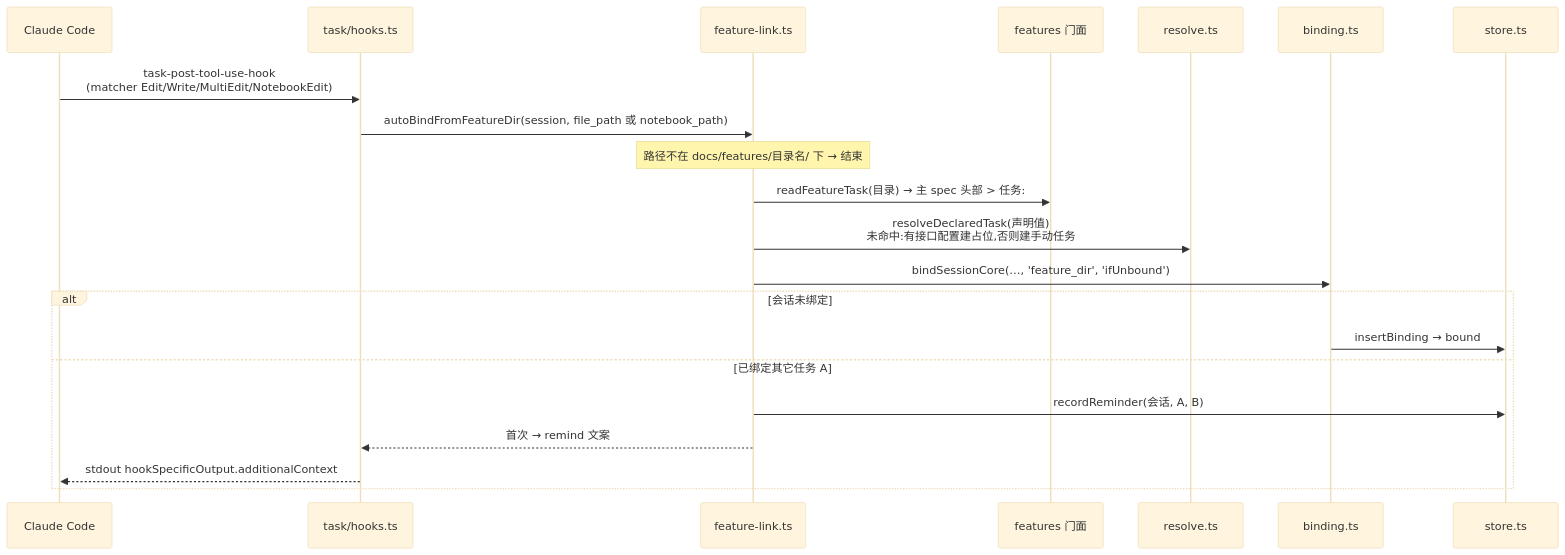
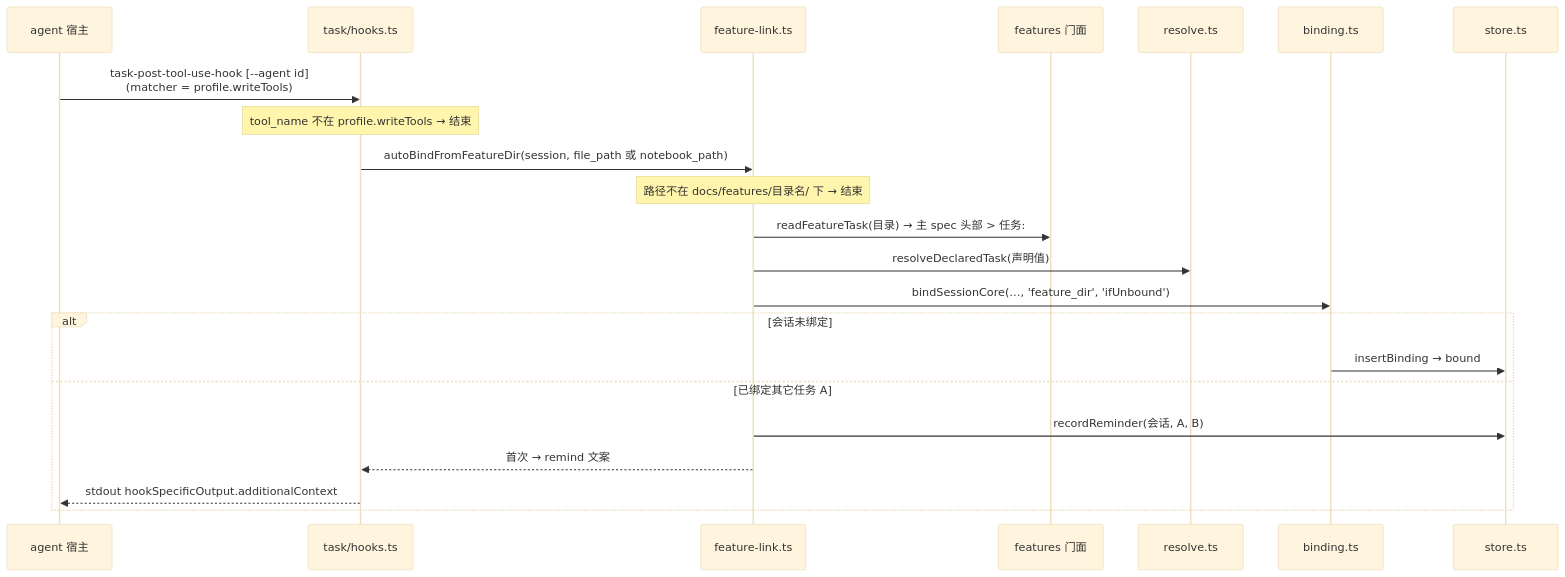
Before and after one commit to smdnkB/cgraphx: the second of 3 diagrams in docs/code-map/flows/开发任务绑定.md, drawn with Mermaid (base theme). The commit also changed other lines of this file and 5 other files, not shown here.

First line of the commit message:
docs: 多 agent 适配知识沉淀 + 刷新代码地图

````diff
--- a/docs/code-map/flows/开发任务绑定.md
+++ b/docs/code-map/flows/开发任务绑定.md
@@ -69,24 +89,25 @@
 ```mermaid
 sequenceDiagram
-  participant CC as Claude Code
+  participant AG as agent 宿主
   participant HK as task/hooks.ts
   participant FL as feature-link.ts
   participant FT as features 门面
   participant RS as resolve.ts
   participant BD as binding.ts
   participant ST as store.ts
 
-  CC->>HK: task-post-tool-use-hook<br/>(matcher Edit/Write/MultiEdit/NotebookEdit)
+  AG->>HK: task-post-tool-use-hook [--agent id]<br/>(matcher = profile.writeTools)
+  Note over HK: tool_name 不在 profile.writeTools → 结束
   HK->>FL: autoBindFromFeatureDir(session, file_path 或 notebook_path)
   Note over FL: 路径不在 docs/features/目录名/ 下 → 结束
   FL->>FT: readFeatureTask(目录) → 主 spec 头部 > 任务:
-  FL->>RS: resolveDeclaredTask(声明值)<br/>未命中:有接口配置建占位,否则建手动任务
+  FL->>RS: resolveDeclaredTask(声明值)
   FL->>BD: bindSessionCore(…, 'feature_dir', 'ifUnbound')
   alt 会话未绑定
     BD->>ST: insertBinding → bound
   else 已绑定其它任务 A
     FL->>ST: recordReminder(会话, A, B)
     FL-->>HK: 首次 → remind 文案
-    HK-->>CC: stdout hookSpecificOutput.additionalContext
+    HK-->>AG: stdout hookSpecificOutput.additionalContext
   end
 ```
````
